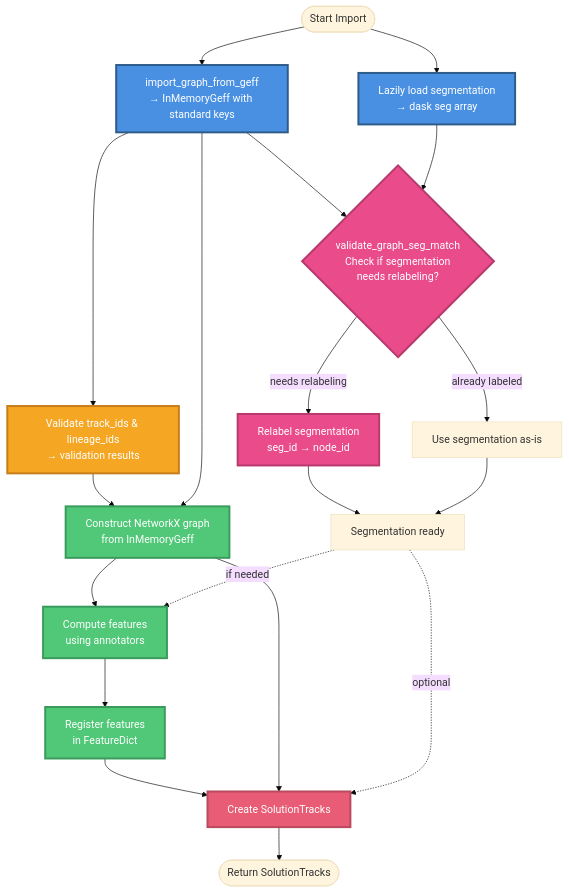
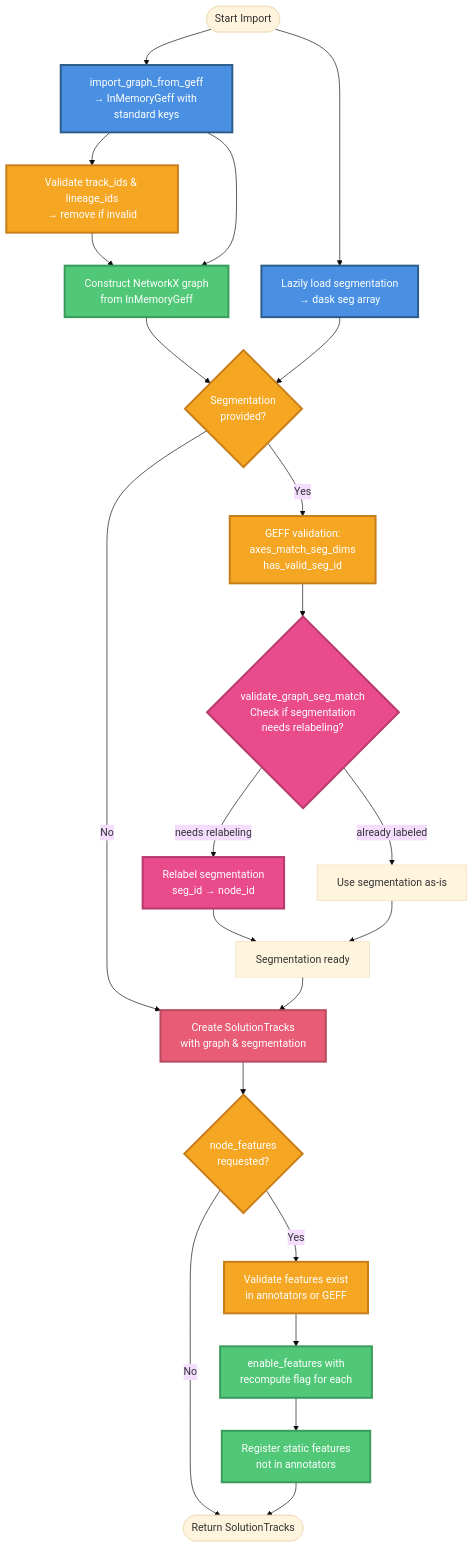
Before and after one commit to funkelab/funtracks: the diagram in docs/import-flow.md, drawn with Mermaid (base theme). The commit also changed other lines of this file and 4 other files, not shown here.

Commit message:
Refactor back to the node_features dictionary for which features to compute

````diff
--- a/docs/import-flow.md
+++ b/docs/import-flow.md
@@ -5,39 +5,51 @@
 ```mermaid
 graph TD
     Start([Start Import]) --> ImportGraph[import_graph_from_geff<br/>→ InMemoryGeff with standard keys]
     Start --> LoadSeg[Lazily load segmentation<br/>→ dask seg array]
 
-    ImportGraph --> ValidateIDs[Validate track_ids & lineage_ids<br/>→ validation results]
-    ImportGraph --> CheckRelabel{validate_graph_seg_match<br/>Check if segmentation<br/>needs relabeling?}
-    LoadSeg --> CheckRelabel
+    ImportGraph --> ValidateIDs[Validate track_ids & lineage_ids<br/>→ remove if invalid]
+
+    ValidateIDs --> ConstructGraph[Construct NetworkX graph<br/>from InMemoryGeff]
+    ImportGraph --> ConstructGraph
+
+    ConstructGraph --> ValidateGEFF{Segmentation<br/>provided?}
+    LoadSeg --> ValidateGEFF
+
+    ValidateGEFF -->|Yes| GEFFChecks[GEFF validation:<br/>axes_match_seg_dims<br/>has_valid_seg_id]
+    ValidateGEFF -->|No| CreateTracks
+
+    GEFFChecks --> CheckRelabel{validate_graph_seg_match<br/>Check if segmentation<br/>needs relabeling?}
 
     CheckRelabel -->|needs relabeling| RelabelSeg[Relabel segmentation<br/>seg_id → node_id]
     CheckRelabel -->|already labeled| SkipRelabel[Use segmentation as-is]
 
     RelabelSeg --> SegReady[Segmentation ready]
     SkipRelabel --> SegReady
 
-    ValidateIDs --> ConstructGraph[Construct NetworkX graph<br/>from InMemoryGeff]
-    ImportGraph --> ConstructGraph
+    SegReady --> CreateTracks[Create SolutionTracks<br/>with graph & segmentation]
 
-    ConstructGraph --> ComputeFeatures[Compute features<br/>using annotators]
-    SegReady -.->|if needed| ComputeFeatures
+    CreateTracks --> ValidateFeatures{node_features<br/>requested?}
 
-    ComputeFeatures --> RegisterFeatures[Register features<br/>in FeatureDict]
+    ValidateFeatures -->|Yes| CheckFeatures[Validate features exist<br/>in annotators or GEFF]
+    ValidateFeatures -->|No| End
 
-    RegisterFeatures --> CreateTracks[Create SolutionTracks]
-    ConstructGraph --> CreateTracks
-    SegReady -.->|optional| CreateTracks
+    CheckFeatures --> EnableFeatures[enable_features with<br/>recompute flag for each]
 
-    CreateTracks --> End([Return SolutionTracks])
+    EnableFeatures --> RegisterStatic[Register static features<br/>not in annotators]
+
+    RegisterStatic --> End([Return SolutionTracks])
 
     style ImportGraph fill:#4A90E2,stroke:#2E5C8A,stroke-width:3px,color:#fff
     style LoadSeg fill:#4A90E2,stroke:#2E5C8A,stroke-width:3px,color:#fff
+    style ValidateGEFF fill:#F5A623,stroke:#C77D1A,stroke-width:3px,color:#fff
+    style GEFFChecks fill:#F5A623,stroke:#C77D1A,stroke-width:3px,color:#fff
     style CheckRelabel fill:#E94B8B,stroke:#B83A6D,stroke-width:3px,color:#fff
     style RelabelSeg fill:#E94B8B,stroke:#B83A6D,stroke-width:3px,color:#fff
     style ValidateIDs fill:#F5A623,stroke:#C77D1A,stroke-width:3px,color:#fff
     style ConstructGraph fill:#50C878,stroke:#3A9B5C,stroke-width:3px,color:#fff
-    style ComputeFeatures fill:#50C878,stroke:#3A9B5C,stroke-width:3px,color:#fff
-    style RegisterFeatures fill:#50C878,stroke:#3A9B5C,stroke-width:3px,color:#fff
     style CreateTracks fill:#E85D75,stroke:#B84A5F,stroke-width:3px,color:#fff
+    style ValidateFeatures fill:#F5A623,stroke:#C77D1A,stroke-width:3px,color:#fff
+    style CheckFeatures fill:#F5A623,stroke:#C77D1A,stroke-width:3px,color:#fff
+    style EnableFeatures fill:#50C878,stroke:#3A9B5C,stroke-width:3px,color:#fff
+    style RegisterStatic fill:#50C878,stroke:#3A9B5C,stroke-width:3px,color:#fff
 ```
````
